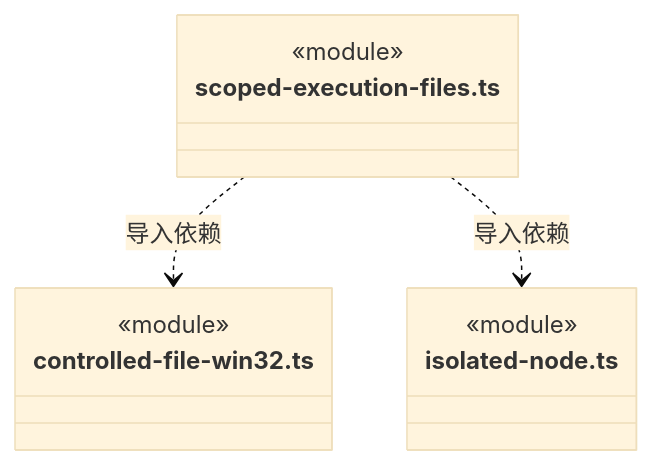
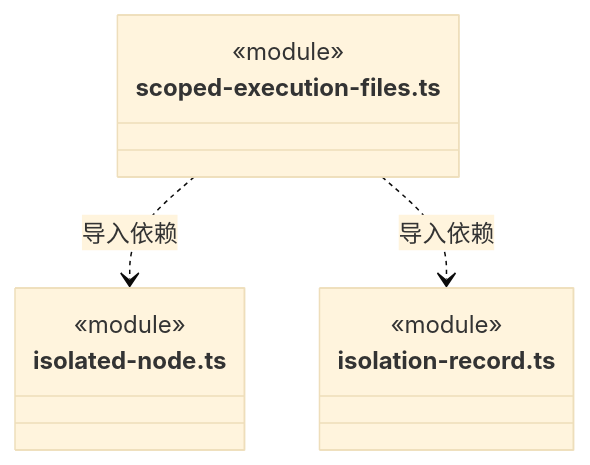
Before and after one commit to nan023062/cbim: diagram 36 of 36 in src/backend/main/platform/ARCHITECTURE.md, drawn with Mermaid (base theme). The commit also changed other lines of this file and 53 other files, not shown here.

````diff
--- a/src/backend/main/platform/ARCHITECTURE.md
+++ b/src/backend/main/platform/ARCHITECTURE.md
@@ -679,14 +825,14 @@
 ```mermaid
 classDiagram
 class N_src_backend_main_platform_scoped_execution_files_ts["scoped-execution-files.ts"] {
   <<module>>
 }
-class N_src_backend_main_platform_controlled_file_win32_ts["controlled-file-win32.ts"] {
-  <<module>>
-}
 class N_src_backend_main_platform_isolated_node_ts["isolated-node.ts"] {
   <<module>>
 }
-N_src_backend_main_platform_scoped_execution_files_ts ..> N_src_backend_main_platform_controlled_file_win32_ts : 导入依赖
+class N_src_backend_main_platform_isolation_record_ts["isolation-record.ts"] {
+  <<module>>
+}
 N_src_backend_main_platform_scoped_execution_files_ts ..> N_src_backend_main_platform_isolated_node_ts : 导入依赖
+N_src_backend_main_platform_scoped_execution_files_ts ..> N_src_backend_main_platform_isolation_record_ts : 导入依赖
 ```
````
